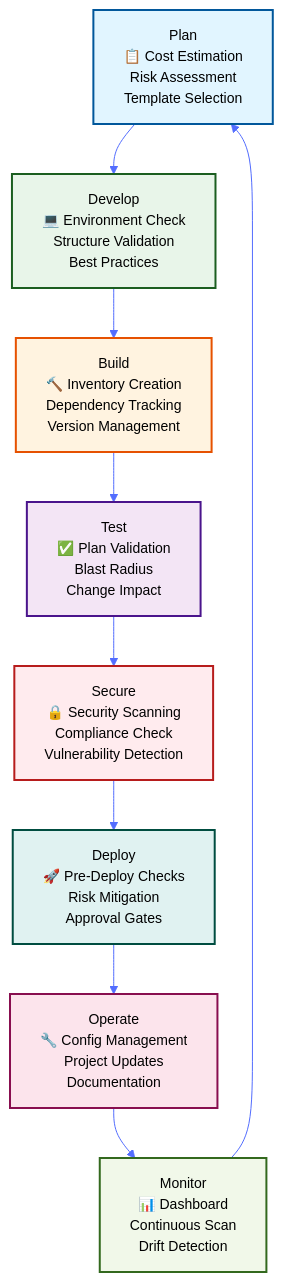
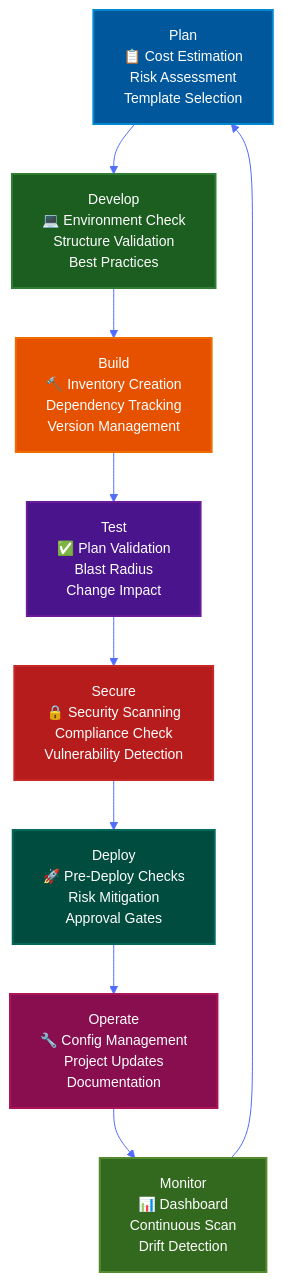
One commit to thothforge/thothctl changed the diagram in docs/framework/use_cases/devsecops_sdlc.md. Above: the diagram before and after it, drawn with Mermaid. The commit also changed 3 other files, not shown here.

Commit message:
fix: mermaid diagrams readability on dark theme

````diff
--- a/docs/framework/use_cases/devsecops_sdlc.md
+++ b/docs/framework/use_cases/devsecops_sdlc.md
@@ -9,30 +9,30 @@
 ```mermaid
 %%{init: {'theme':'base', 'themeVariables': { 'primaryColor':'#3f51b5','primaryTextColor':'#fff','primaryBorderColor':'#303f9f','lineColor':'#536dfe','secondaryColor':'#536dfe','tertiaryColor':'#fff','background':'#ffffff','mainBkg':'#e3f2fd','secondBkg':'#bbdefb','tertiaryBkg':'#90caf9','textColor':'#000000','fontSize':'14px'}}}%%
 graph TB
     A["Plan<br/>📋 Cost Estimation<br/>Risk Assessment<br/>Template Selection"] --> B["Develop<br/>💻 Environment Check<br/>Structure Validation<br/>Best Practices"]
     B --> C["Build<br/>🔨 Inventory Creation<br/>Dependency Tracking<br/>Version Management"]
     C --> D["Test<br/>✅ Plan Validation<br/>Blast Radius<br/>Change Impact"]
     D --> E["Secure<br/>🔒 Security Scanning<br/>Compliance Check<br/>Vulnerability Detection"]
     E --> F["Deploy<br/>🚀 Pre-Deploy Checks<br/>Risk Mitigation<br/>Approval Gates"]
     F --> G["Operate<br/>🔧 Config Management<br/>Project Updates<br/>Documentation"]
     G --> H["Monitor<br/>📊 Dashboard<br/>Continuous Scan<br/>Drift Detection"]
     H --> A
     
-    classDef planStyle fill:#e1f5ff,stroke:#01579b,stroke-width:2px,color:#000
-    classDef devStyle fill:#e8f5e9,stroke:#1b5e20,stroke-width:2px,color:#000
-    classDef buildStyle fill:#fff3e0,stroke:#e65100,stroke-width:2px,color:#000
-    classDef testStyle fill:#f3e5f5,stroke:#4a148c,stroke-width:2px,color:#000
-    classDef secureStyle fill:#ffebee,stroke:#b71c1c,stroke-width:2px,color:#000
-    classDef deployStyle fill:#e0f2f1,stroke:#004d40,stroke-width:2px,color:#000
-    classDef operateStyle fill:#fce4ec,stroke:#880e4f,stroke-width:2px,color:#000
-    classDef monitorStyle fill:#f1f8e9,stroke:#33691e,stroke-width:2px,color:#000
+    classDef planStyle fill:#01579b,stroke:#0288d1,stroke-width:2px,color:#fff
+    classDef devStyle fill:#1b5e20,stroke:#2e7d32,stroke-width:2px,color:#fff
+    classDef buildStyle fill:#e65100,stroke:#ef6c00,stroke-width:2px,color:#fff
+    classDef testStyle fill:#4a148c,stroke:#6a1b9a,stroke-width:2px,color:#fff
+    classDef secureStyle fill:#b71c1c,stroke:#c62828,stroke-width:2px,color:#fff
+    classDef deployStyle fill:#004d40,stroke:#00695c,stroke-width:2px,color:#fff
+    classDef operateStyle fill:#880e4f,stroke:#ad1457,stroke-width:2px,color:#fff
+    classDef monitorStyle fill:#33691e,stroke:#558b2f,stroke-width:2px,color:#fff
     
     class A planStyle
     class B devStyle
     class C buildStyle
     class D testStyle
     class E secureStyle
     class F deployStyle
     class G operateStyle
     class H monitorStyle
 ```
````
